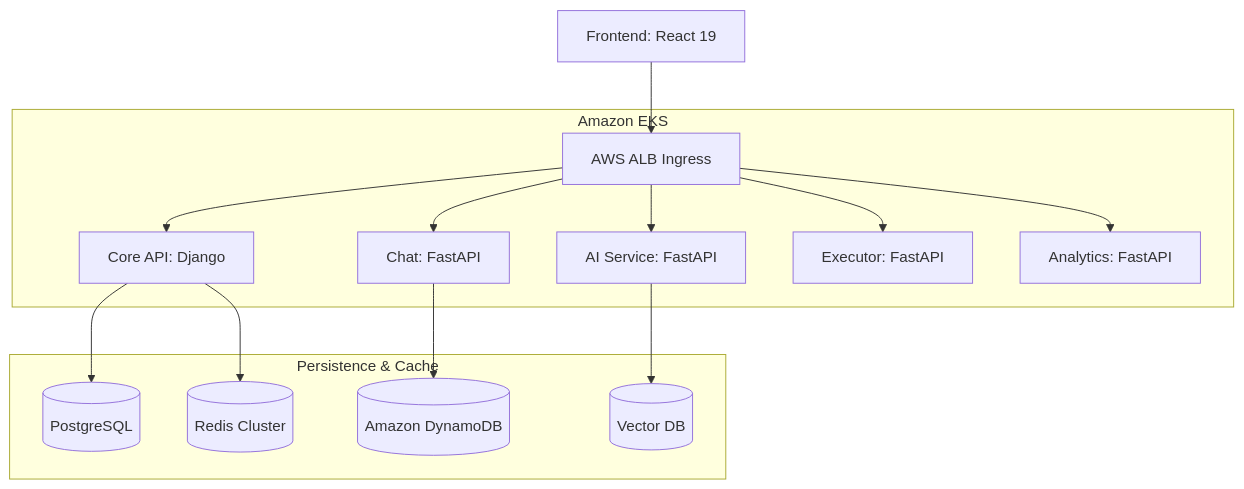
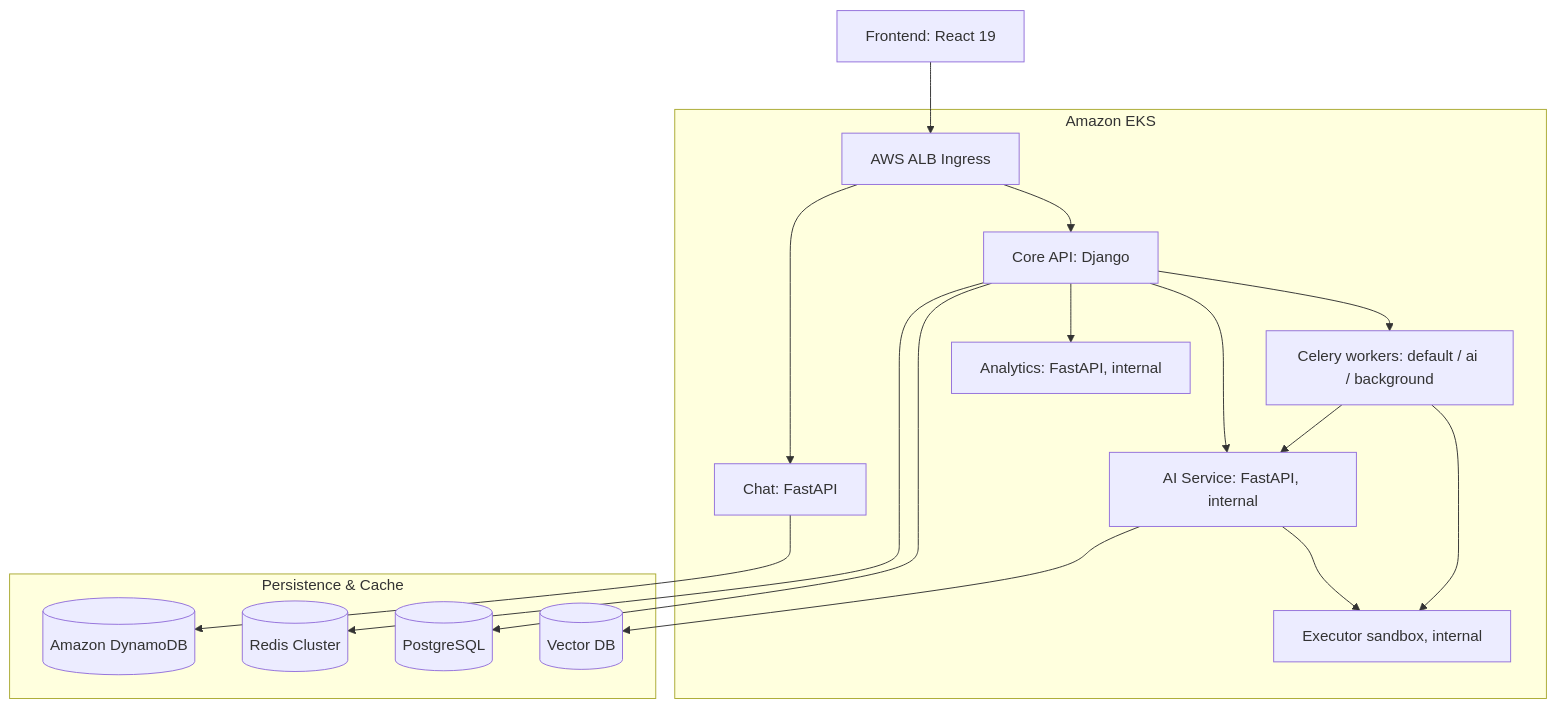
One commit to zqf20096327/dbhub_collect changed the diagram in data/readmes/jithin-jz__ClashCode.md. Above: the diagram before and after it, drawn with Mermaid. The commit also changed other lines of this file and 523 other files, not shown here.

````diff
--- a/data/readmes/jithin-jz__ClashCode.md
+++ b/data/readmes/jithin-jz__ClashCode.md
@@ -21,19 +21,22 @@
 ```mermaid
 graph TD
     User[Frontend: React 19] --> ALB[AWS ALB Ingress]
     
     subgraph Cluster [Amazon EKS]
         ALB --> Core[Core API: Django]
         ALB --> Chat[Chat: FastAPI]
-        ALB --> AI[AI Service: FastAPI]
-        ALB --> Executor[Executor: FastAPI]
-        ALB --> Analytics[Analytics: FastAPI]
+        Core --> Workers[Celery workers: default / ai / background]
+        Core --> AI[AI Service: FastAPI, internal]
+        Workers --> Executor[Executor sandbox, internal]
+        Workers --> AI
+        AI --> Executor
+        Core --> Analytics[Analytics: FastAPI, internal]
     end
     
     subgraph Data [Persistence & Cache]
         Core --> RDS[(PostgreSQL)]
         Core --> Redis[(Redis Cluster)]
         Chat --> Dynamo[(Amazon DynamoDB)]
         AI --> Pinecone[(Vector DB)]
     end
 ```
````
